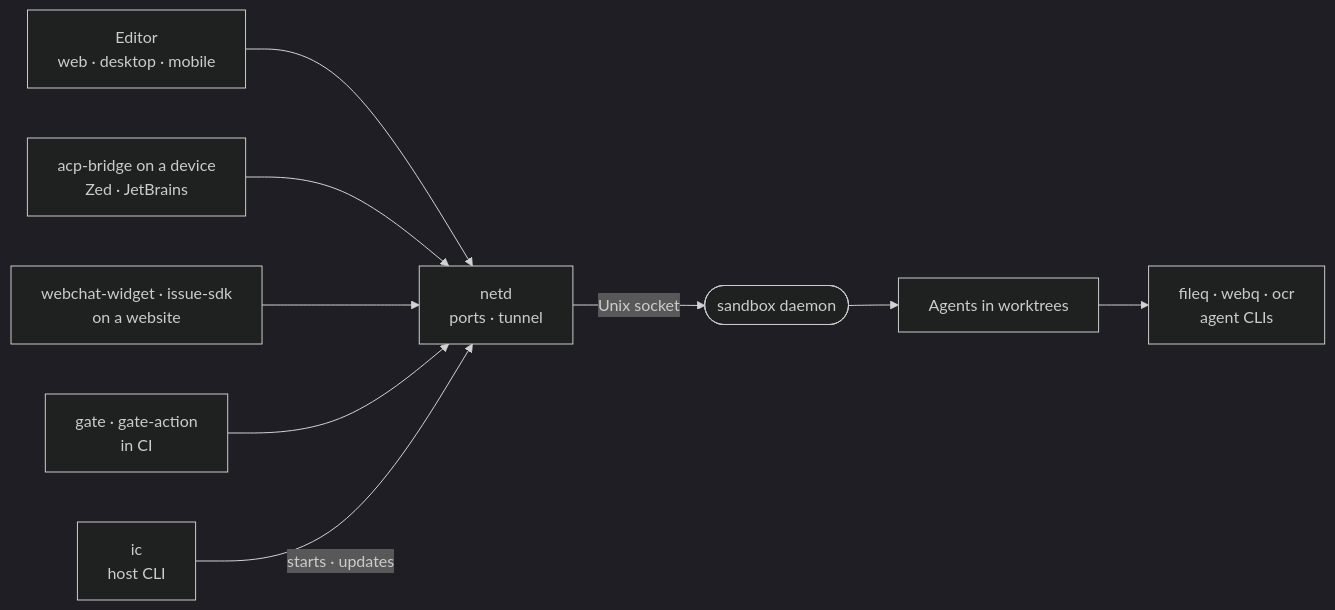
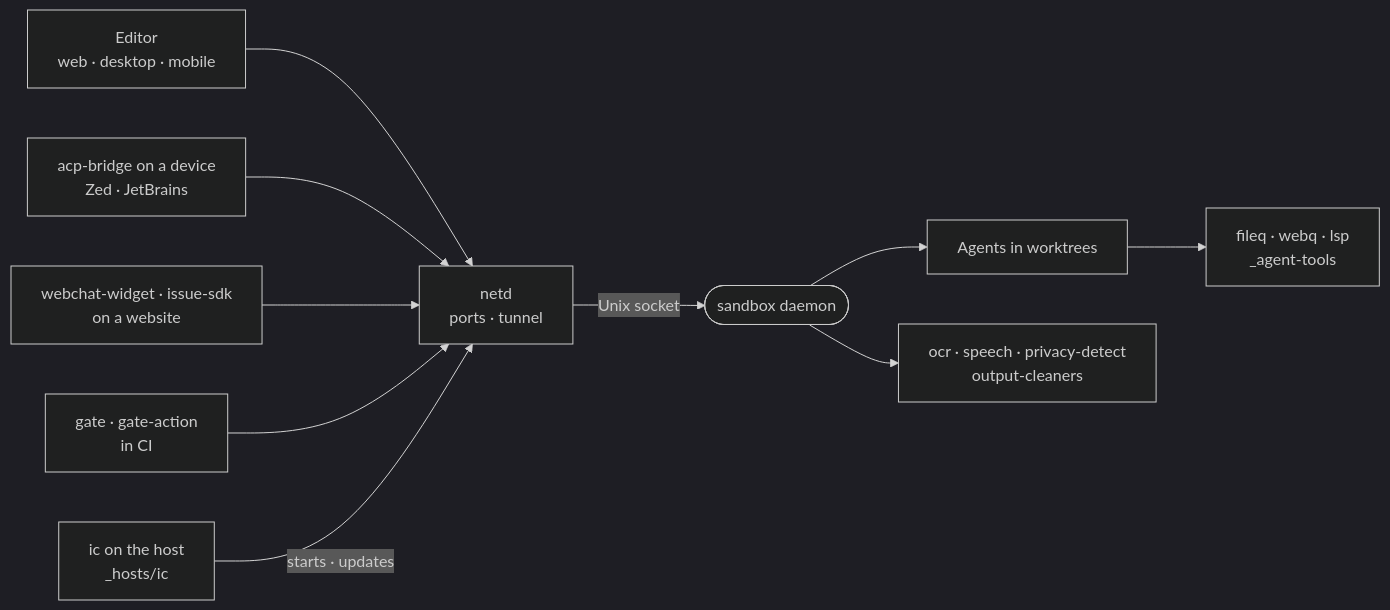
Before and after one commit to intentic/intentic: the diagram in _sandbox/README.md, drawn with Mermaid (dark theme). The commit also changed other lines of this file and 859 other files, not shown here.

First line of the commit message:
refactor: move ic and os-image to _hosts, agent tools to _agent-tools

````diff
--- a/_sandbox/README.md
+++ b/_sandbox/README.md
@@ -5,11 +5,12 @@
 ```mermaid
 flowchart LR
     editor["Editor<br/>web · desktop · mobile"] --> netd["netd<br/>ports · tunnel"]
     acp["acp-bridge on a device<br/>Zed · JetBrains"] --> netd
     embeds["webchat-widget · issue-sdk<br/>on a website"] --> netd
     ci["gate · gate-action<br/>in CI"] --> netd
-    ic["ic<br/>host CLI"] -->|"starts · updates"| netd
+    ic["ic on the host<br/>_hosts/ic"] -->|"starts · updates"| netd
     netd -->|"Unix socket"| daemon(["sandbox daemon"])
     daemon --> agents["Agents in worktrees"]
-    agents --> tools["fileq · webq · ocr<br/>agent CLIs"]
+    agents --> tools["fileq · webq · lsp<br/>_agent-tools"]
+    daemon --> libs["ocr · speech · privacy-detect<br/>output-cleaners"]
 ```
````
